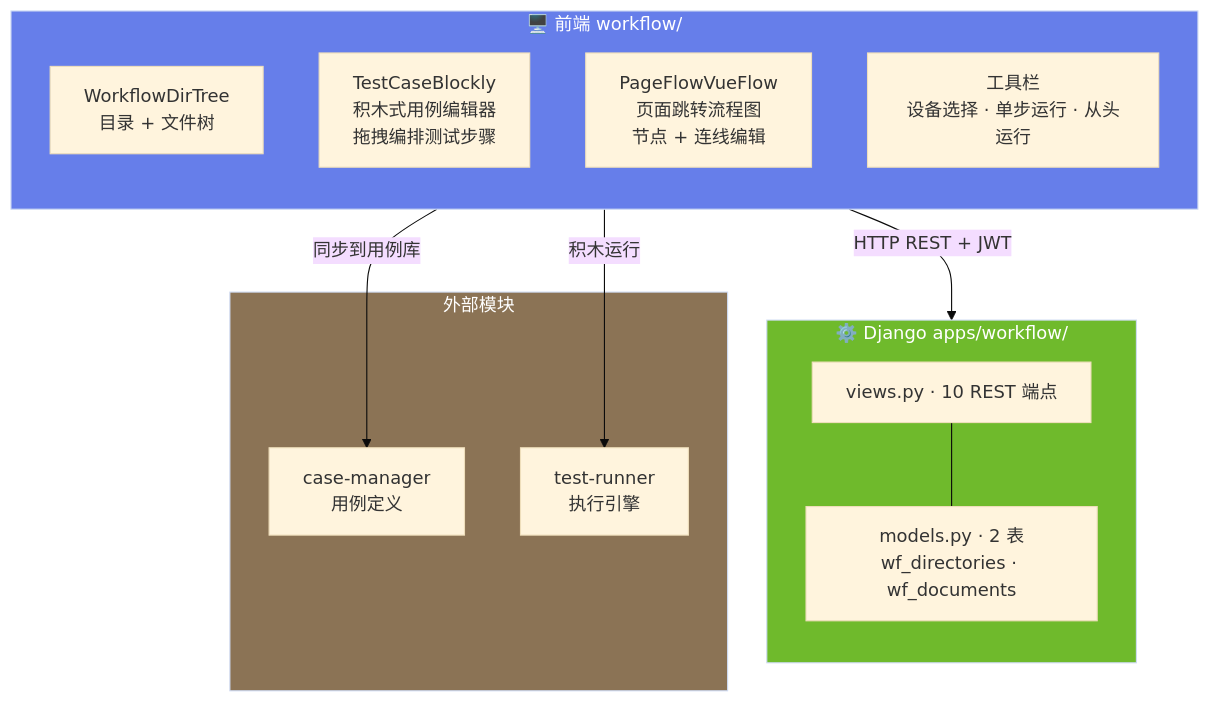
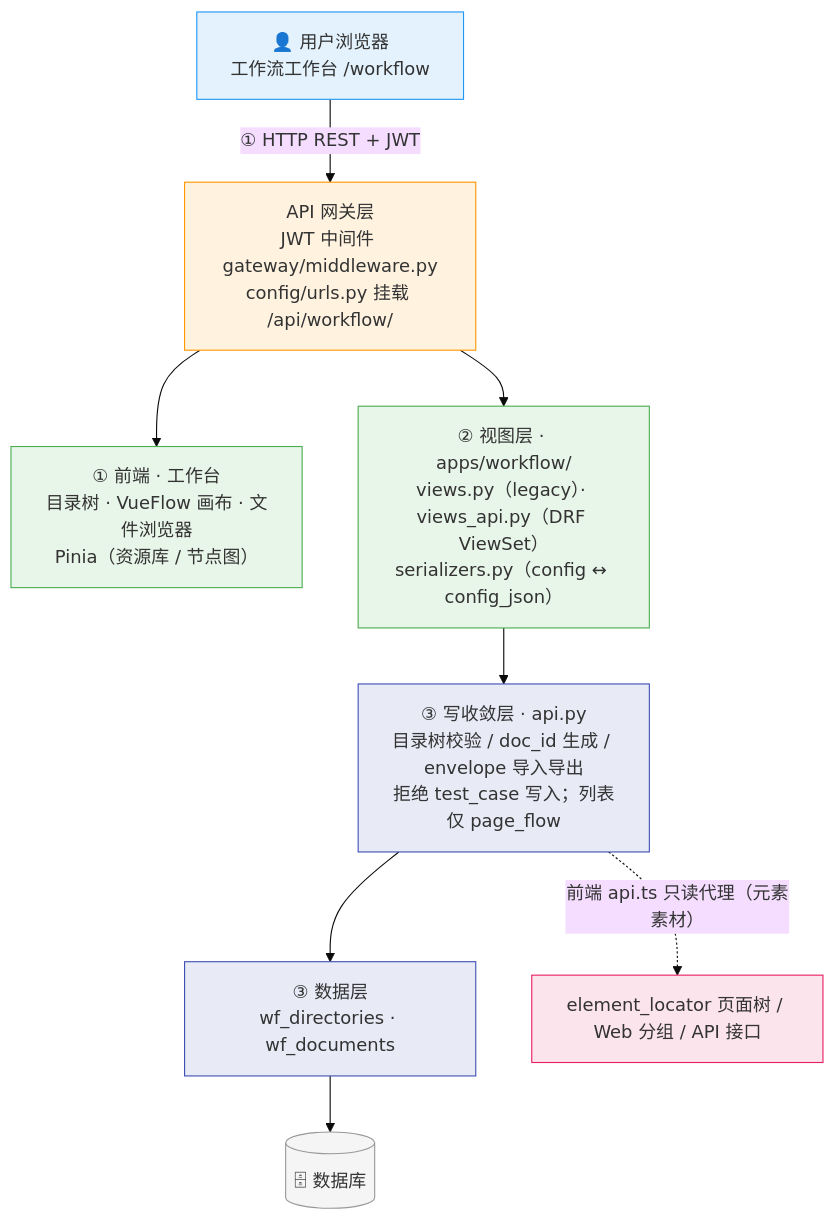
Before and after one commit to Kahoku-lazy/Android-AutoTests: the first of 5 diagrams in dev_docs/03-设计与架构/ARCH-09-工作流工作台.md, drawn with Mermaid (base theme). The commit also changed other lines of this file and 53 other files, not shown here.

````diff
--- a/dev_docs/03-设计与架构/ARCH-09-工作流工作台.md
+++ b/dev_docs/03-设计与架构/ARCH-09-工作流工作台.md
@@ -24,30 +39,27 @@
 ```mermaid
-flowchart TB
-    subgraph Frontend_WF["🖥️ 前端 workflow/"]
-        direction TB
-        DirTree["WorkflowDirTree<br/>目录 + 文件树"]
-        Blockly["TestCaseBlockly<br/>积木式用例编辑器<br/>拖拽编排测试步骤"]
-        VueFlow["PageFlowVueFlow<br/>页面跳转流程图<br/>节点 + 连线编辑"]
-        Toolbar["工具栏<br/>设备选择 · 单步运行 · 从头运行"]
-    end
+flowchart TD
+    U["👤 用户浏览器<br/>工作流工作台 /workflow"]
 
-    subgraph Django_WF["⚙️ Django apps/workflow/"]
-        direction TB
-        Views["views.py · 10 REST 端点"]
-        Models["models.py · 2 表<br/>wf_directories · wf_documents"]
-        Views --- Models
-    end
+    U -->|"① HTTP REST + JWT"| GATEWAY["API 网关层<br/>JWT 中间件 gateway/middleware.py<br/>config/urls.py 挂载 /api/workflow/"]
 
-    subgraph External_WF["外部模块"]
-        CM["case-manager<br/>用例定义"]
-        TR["test-runner<br/>执行引擎"]
-    end
+    GATEWAY --> V["① 前端 · 工作台<br/>目录树 · VueFlow 画布 · 文件浏览器<br/>Pinia（资源库 / 节点图）"]
 
-    Frontend_WF -->|"HTTP REST + JWT"| Views
-    Blockly -->|"同步到用例库"| CM
-    Toolbar -->|"积木运行"| TR
+    GATEWAY --> VW["② 视图层 · apps/workflow/<br/>views.py（legacy）· views_api.py（DRF ViewSet）<br/>serializers.py（config ↔ config_json）"]
 
-    style Frontend_WF fill:#667eea,color:#fff
-    style Django_WF fill:#6fba2c,color:#fff
-    style External_WF fill:#8b7355,color:#fff
+    VW --> API["③ 写收敛层 · api.py<br/>目录树校验 / doc_id 生成 / envelope 导入导出<br/>拒绝 test_case 写入；列表仅 page_flow"]
+
+    API --> M["③ 数据层<br/>wf_directories · wf_documents"]
+
+    API -.->|"前端 api.ts 只读代理（元素素材）"| EXT1["element_locator 页面树 / Web 分组 / API 接口"]
+
+    M --> DB[("🗄 数据库")]
+
+    style U fill:#e3f2fd,stroke:#2196f3
+    style GATEWAY fill:#fff3e0,stroke:#ff9800
+    style V fill:#e8f5e9,stroke:#4caf50
+    style VW fill:#e8f5e9,stroke:#4caf50
+    style API fill:#e8eaf6,stroke:#3f51b5
+    style M fill:#e8eaf6,stroke:#3f51b5
+    style EXT1 fill:#fce4ec,stroke:#e91e63
+    style DB fill:#f5f5f5,stroke:#999
 ```
````
